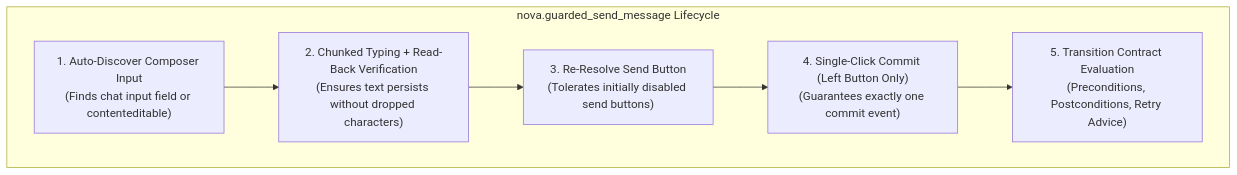
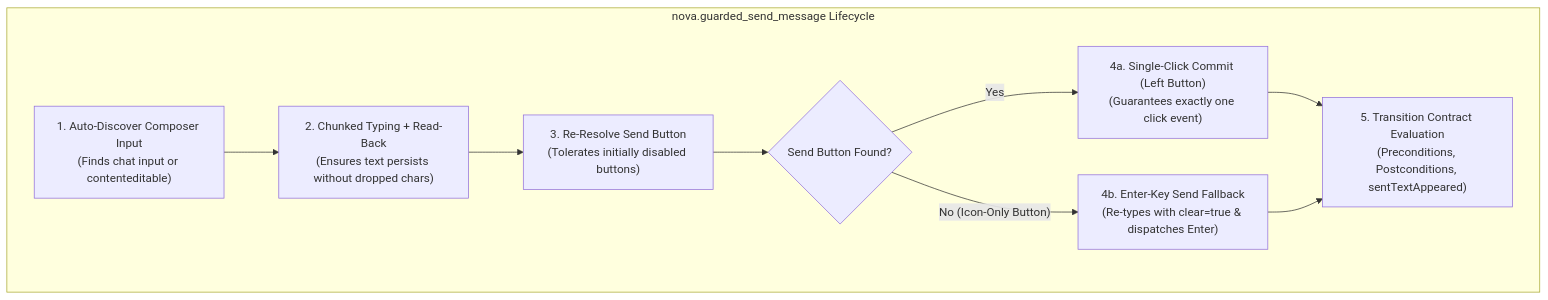
One commit to joelaniol/nova changed the fourth of 5 diagrams in docs/core-features/browser-interaction/selectors-and-shadow-dom/README.md. Above: the diagram before and after it, drawn with Mermaid. The commit also changed other lines of this file and 6 other files, not shown here.

Commit message:
docs(browser-interaction): expand architectural reference with input dispatch, drag polyfill, and guarded macros

````diff
--- a/docs/core-features/browser-interaction/selectors-and-shadow-dom/README.md
+++ b/docs/core-features/browser-interaction/selectors-and-shadow-dom/README.md
@@ -117,12 +136,14 @@
 ```mermaid
 flowchart TD
     subgraph GuardedSend["nova.guarded_send_message Lifecycle"]
-        DiscoverInput["1. Auto-Discover Composer Input\n(Finds chat input field or contenteditable)"]
-        TypeVerify["2. Chunked Typing + Read-Back Verification\n(Ensures text persists without dropped characters)"]
-        ResolveButton["3. Re-Resolve Send Button\n(Tolerates initially disabled send buttons)"]
-        CommitClick["4. Single-Click Commit (Left Button Only)\n(Guarantees exactly one commit event)"]
-        VerifyState["5. Transition Contract Evaluation\n(Preconditions, Postconditions, Retry Advice)"]
+        DiscoverInput["1. Auto-Discover Composer Input\n(Finds chat input or contenteditable)"]
+        TypeVerify["2. Chunked Typing + Read-Back\n(Ensures text persists without dropped chars)"]
+        ResolveButton["3. Re-Resolve Send Button\n(Tolerates initially disabled buttons)"]
+        CommitBranch{"Send Button Found?"}
+        CommitBranch -- "Yes" --> CommitClick["4a. Single-Click Commit (Left Button)\n(Guarantees exactly one click event)"]
+        CommitBranch -- "No (Icon-Only Button)" --> EnterSend["4b. Enter-Key Send Fallback\n(Re-types with clear=true & dispatches Enter)"]
+        CommitClick & EnterSend --> VerifyState["5. Transition Contract Evaluation\n(Preconditions, Postconditions, sentTextAppeared)"]
     end
 
-    DiscoverInput --> TypeVerify --> ResolveButton --> CommitClick --> VerifyState
+    DiscoverInput --> TypeVerify --> ResolveButton --> CommitBranch
 ```
````
